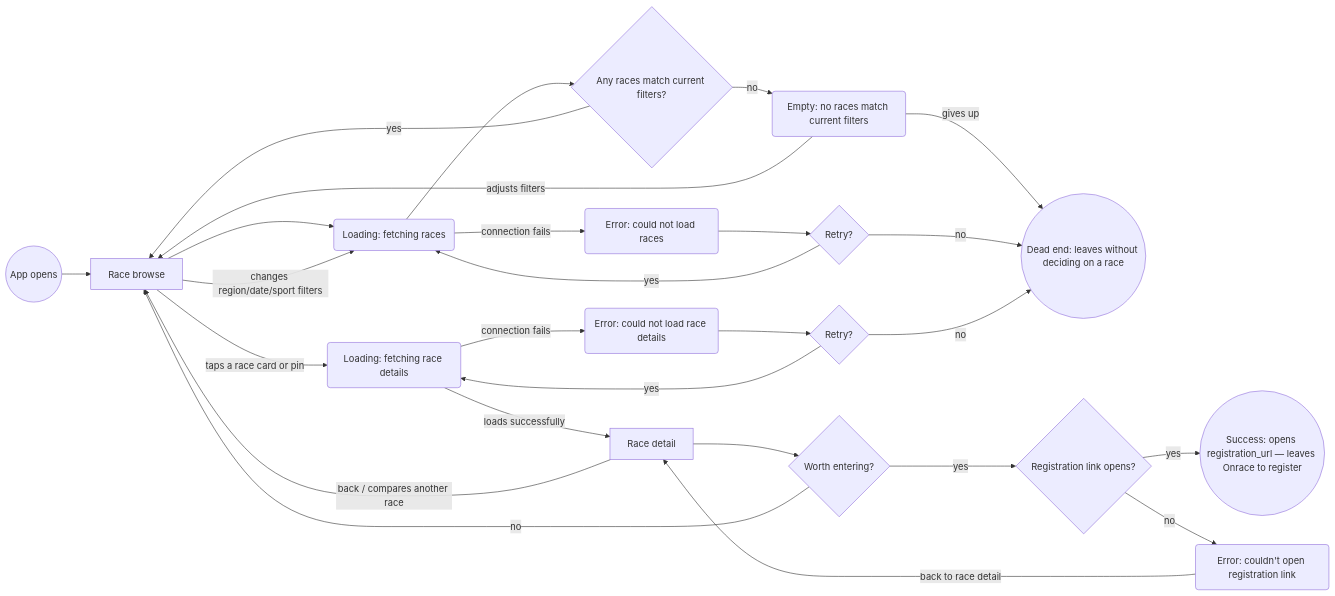
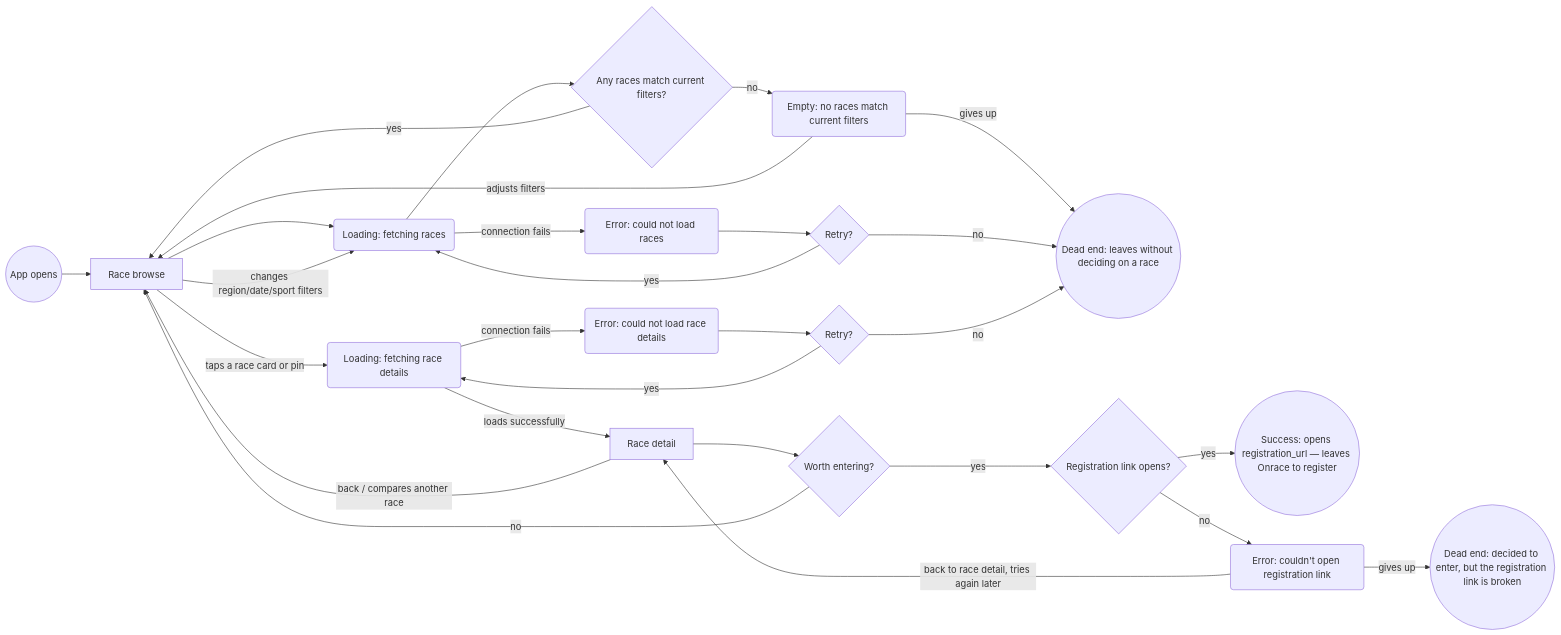
The first of 3 diagrams in flows.md (JuliaMakedonska/Onrace), drawn with Mermaid before and after one commit. The commit also changed other lines of this file and 1 other file, not shown here.

````diff
--- a/flows.md
+++ b/flows.md
@@ -45,28 +54,29 @@
 ```mermaid
 flowchart LR
     Start(("App opens")) --> Browse["Race browse"]
     Browse --> Loading("Loading: fetching races")
     Loading --> HasResults{"Any races match current filters?"}
     HasResults -->|"no"| Empty("Empty: no races match current filters")
     Empty -->|"adjusts filters"| Browse
     Empty -->|"gives up"| DeadEnd1(("Dead end: leaves without deciding on a race"))
     HasResults -->|"yes"| Browse
     Loading -->|"connection fails"| FetchError("Error: could not load races")
     FetchError --> FetchRetry{"Retry?"}
     FetchRetry -->|"yes"| Loading
     FetchRetry -->|"no"| DeadEnd1
     Browse -->|"changes region/date/sport filters"| Loading
     Browse -->|"taps a race card or pin"| DetailLoading("Loading: fetching race details")
     DetailLoading -->|"loads successfully"| Detail["Race detail"]
     DetailLoading -->|"connection fails"| DetailError("Error: could not load race details")
     DetailError --> DetailRetry{"Retry?"}
     DetailRetry -->|"yes"| DetailLoading
     DetailRetry -->|"no"| DeadEnd1
     Detail -->|"back / compares another race"| Browse
     Detail --> WantsToEnter{"Worth entering?"}
     WantsToEnter -->|"yes"| RegLinkCheck{"Registration link opens?"}
     RegLinkCheck -->|"yes"| Success(("Success: opens registration_url — leaves Onrace to register"))
     RegLinkCheck -->|"no"| RegLinkError("Error: couldn't open registration link")
-    RegLinkError -->|"back to race detail"| Detail
+    RegLinkError -->|"back to race detail, tries again later"| Detail
+    RegLinkError -->|"gives up"| DeadEnd6(("Dead end: decided to enter, but the registration link is broken"))
     WantsToEnter -->|"no"| Browse
 ```
````
